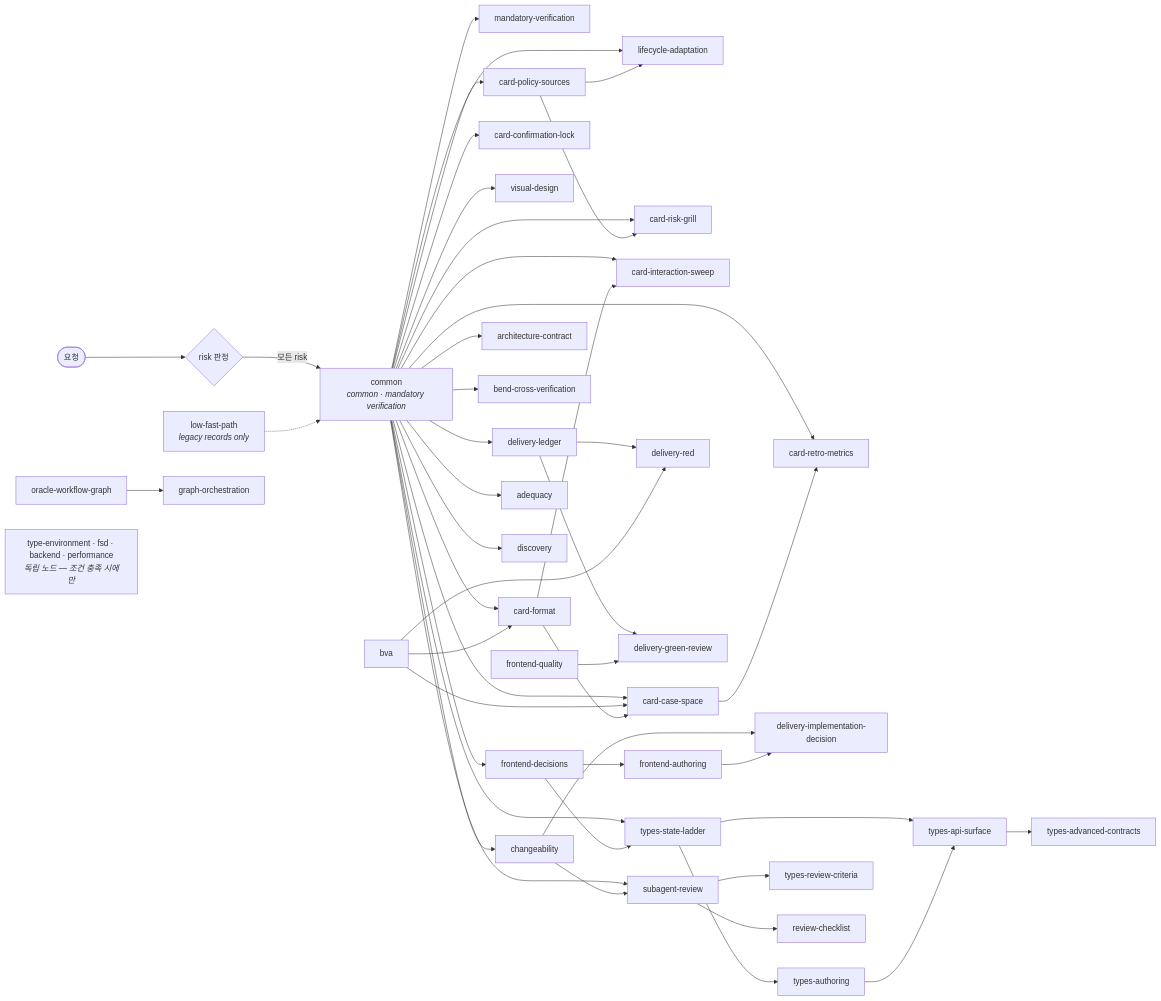
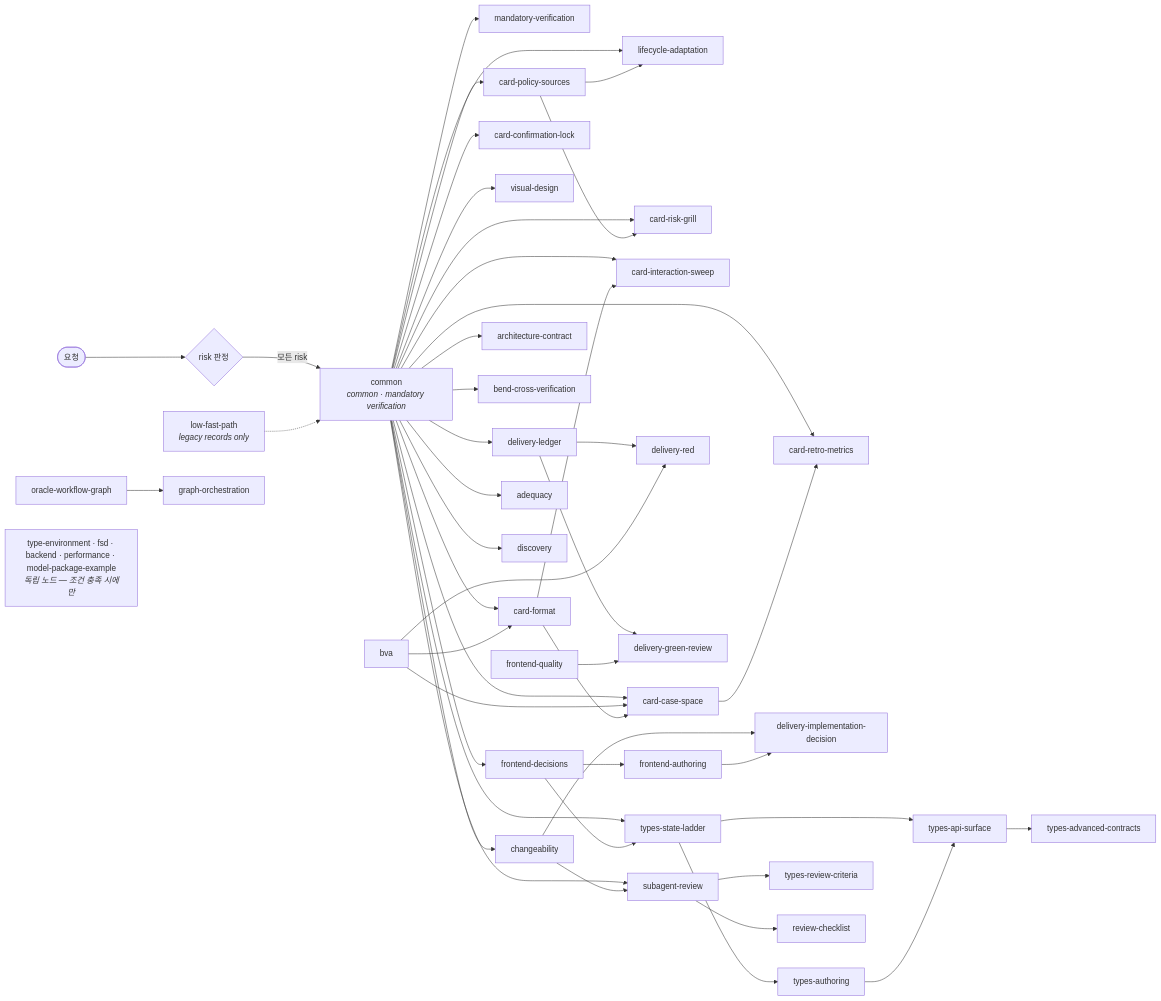
One commit to lodado/shareds changed the second of 2 diagrams in packages/frontend-oracle-design/skills/README.md. Above: the diagram before and after it, drawn with Mermaid. The commit also changed 17 other files, not shown here.

First line of the commit message:
fix(frontend-oracle-design): live-eval fixes — entry order, gate classes, package example (0.70.1)

````diff
--- a/packages/frontend-oracle-design/skills/README.md
+++ b/packages/frontend-oracle-design/skills/README.md
@@ -151,79 +151,79 @@
 ```mermaid
 flowchart LR
   START(["요청"]) --> RISK{"risk 판정"}
   RISK -->|"모든 risk"| common["common<br/><i>common · mandatory verification</i>"]
   LEGACY["low-fast-path<br/><i>legacy records only</i>"] -.-> common
 
   mandatory_verification["mandatory-verification"]
   card_policy_sources["card-policy-sources"]
   lifecycle_adaptation["lifecycle-adaptation"]
   card_risk_grill["card-risk-grill"]
   card_format["card-format"]
   card_interaction_sweep["card-interaction-sweep"]
   card_case_space["card-case-space"]
   card_retro_metrics["card-retro-metrics"]
   card_confirmation_lock["card-confirmation-lock"]
   visual_design["visual-design"]
   delivery_ledger["delivery-ledger"]
   delivery_red["delivery-red"]
   delivery_implementation_decision["delivery-implementation-decision"]
   delivery_green_review["delivery-green-review"]
   frontend_decisions["frontend-decisions"]
   frontend_authoring["frontend-authoring"]
   frontend_quality["frontend-quality"]
   architecture_contract["architecture-contract"]
   types_state_ladder["types-state-ladder"]
   types_authoring["types-authoring"]
   types_api_surface["types-api-surface"]
   types_advanced_contracts["types-advanced-contracts"]
   types_review_criteria["types-review-criteria"]
   subagent_review["subagent-review"]
   review_checklist["review-checklist"]
   graph_orchestration["graph-orchestration"]
   bend_cross_verification["bend-cross-verification"]
   oracle_workflow_graph["oracle-workflow-graph"]
 
   common --> mandatory_verification
   common --> card_policy_sources
   common --> lifecycle_adaptation
   card_policy_sources --> lifecycle_adaptation
   common --> card_risk_grill
   card_policy_sources --> card_risk_grill
   common --> card_format
   bva --> card_format
   common --> card_interaction_sweep
   card_format --> card_interaction_sweep
   common --> card_case_space
   bva --> card_case_space
   card_format --> card_case_space
   common --> card_retro_metrics
   card_case_space --> card_retro_metrics
   common --> card_confirmation_lock
   common --> visual_design
   common --> delivery_ledger
   delivery_ledger --> delivery_red
   bva --> delivery_red
   changeability --> delivery_implementation_decision
   frontend_authoring --> delivery_implementation_decision
   delivery_ledger --> delivery_green_review
   frontend_quality --> delivery_green_review
   common --> changeability
   common --> frontend_decisions
   frontend_decisions --> frontend_authoring
   common --> architecture_contract
   common --> types_state_ladder
   frontend_decisions --> types_state_ladder
   types_state_ladder --> types_authoring
   types_state_ladder --> types_api_surface
   types_authoring --> types_api_surface
   types_api_surface --> types_advanced_contracts
   subagent_review --> types_review_criteria
   common --> subagent_review
   changeability --> subagent_review
   subagent_review --> review_checklist
   oracle_workflow_graph --> graph_orchestration
   common --> bend_cross_verification
   common --> adequacy
   common --> discovery
-  IND["type-environment · fsd · backend · performance<br/><i>독립 노드 — 조건 충족 시에만</i>"]
+  IND["type-environment · fsd · backend · performance · model-package-example<br/><i>독립 노드 — 조건 충족 시에만</i>"]
 ```
````
